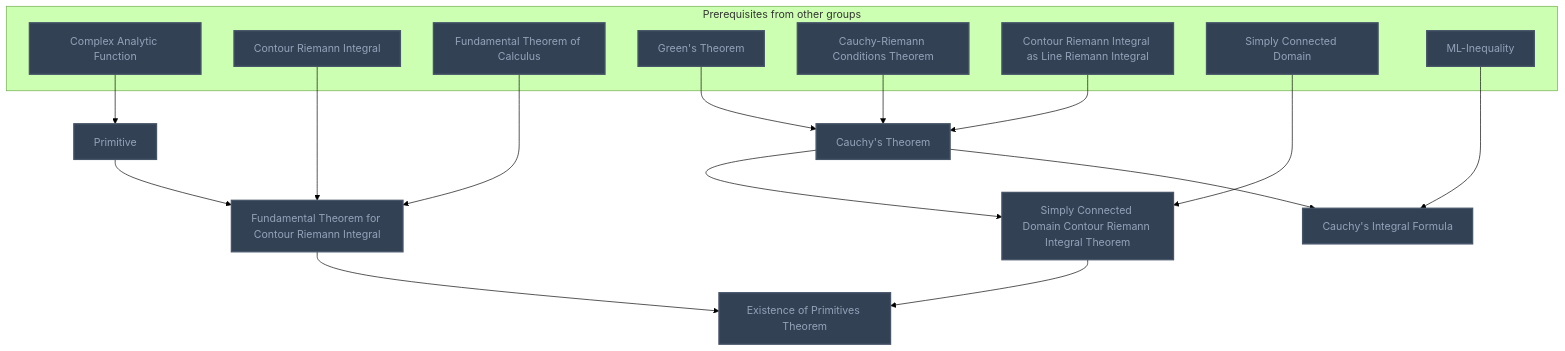
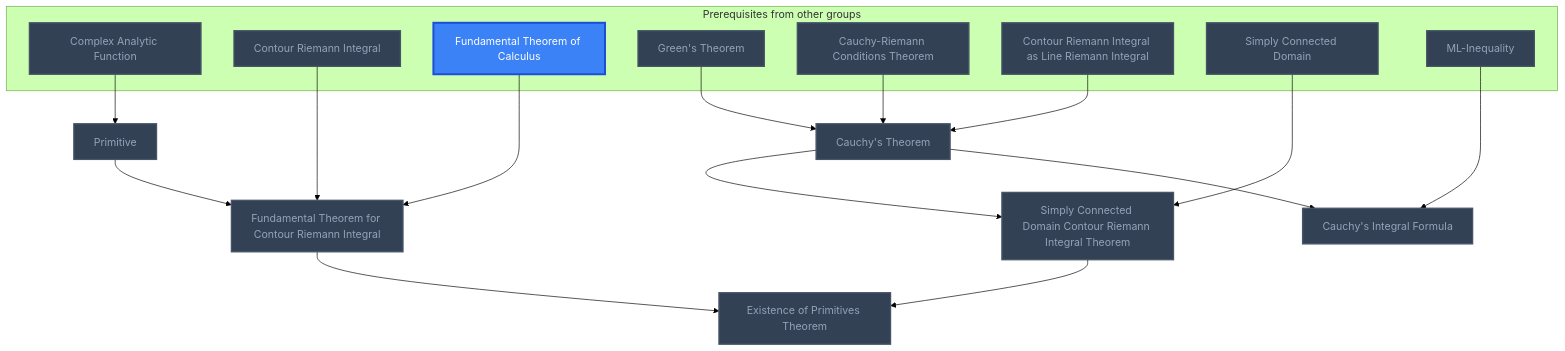
Before and after one commit to MRauf1/My-Notes: the eighth of 19 diagrams in Gamification/Skill Trees/Complex Analysis.md, drawn with Mermaid (forest theme). The commit also changed other lines of this file and 145 other files, not shown here.

````diff
--- a/Gamification/Skill Trees/Complex Analysis.md
+++ b/Gamification/Skill Trees/Complex Analysis.md
@@ -322,43 +332,44 @@
 ```mermaid
 flowchart TD
     classDef planned fill:#1E293B,stroke:#64748B,stroke-width:2px,stroke-dasharray:5 5,color:#94A3B8;
     classDef locked fill:#334155,stroke:#475569,stroke-width:2px,color:#94A3B8;
     classDef L0 fill:#F1F5F9,stroke:#94A3B8,stroke-width:2px,color:#000000;
     classDef L1 fill:#22C55E,stroke:#15803D,stroke-width:2px,color:#000000;
     classDef L2 fill:#3B82F6,stroke:#1D4ED8,stroke-width:3px,color:#FFFFFF;
     classDef L3 fill:#A855F7,stroke:#6B21A8,stroke-width:3px,color:#FFFFFF,font-weight:bold;
     classDef L4 fill:#F97316,stroke:#C2410C,stroke-width:4px,color:#000000,font-weight:bold;
     classDef L5 fill:#FFD700,stroke:#FF8C00,stroke-width:5px,color:#000000,font-weight:bold;
     classDef rusty stroke:#8B4513,stroke-width:4px,stroke-dasharray:3 3;
     subgraph sg_prereqs["Prerequisites from other groups"]
         n_complex_analytic_function["Complex Analytic Function"]
         n_contour_riemann_integral["Contour Riemann Integral"]
         n_fundamental_theorem_of_calculus["Fundamental Theorem of Calculus"]
         n_green_s_theorem["Green's Theorem"]
         n_cauchy_riemann_conditions_theorem["Cauchy-Riemann Conditions Theorem"]
         n_contour_riemann_integral_as_line_riemann_integral["Contour Riemann Integral as Line Riemann Integral"]
         n_simply_connected_domain["Simply Connected Domain"]
         n_ml_inequality["ML-Inequality"]
     end
     n_primitive["Primitive"]
     n_fundamental_theorem_for_contour_riemann_integral["Fundamental Theorem for Contour Riemann Integral"]
     n_cauchy_s_theorem["Cauchy's Theorem"]
     n_simply_connected_domain_contour_riemann_integral_theorem["Simply Connected Domain Contour Riemann Integral Theorem"]
     n_existence_of_primitives_theorem["Existence of Primitives Theorem"]
     n_cauchy_s_integral_formula["Cauchy's Integral Formula"]
     n_complex_analytic_function --> n_primitive
     n_primitive --> n_fundamental_theorem_for_contour_riemann_integral
     n_contour_riemann_integral --> n_fundamental_theorem_for_contour_riemann_integral
     n_fundamental_theorem_of_calculus --> n_fundamental_theorem_for_contour_riemann_integral
     n_green_s_theorem --> n_cauchy_s_theorem
     n_cauchy_riemann_conditions_theorem --> n_cauchy_s_theorem
     n_contour_riemann_integral_as_line_riemann_integral --> n_cauchy_s_theorem
     n_cauchy_s_theorem --> n_simply_connected_domain_contour_riemann_integral_theorem
     n_simply_connected_domain --> n_simply_connected_domain_contour_riemann_integral_theorem
     n_simply_connected_domain_contour_riemann_integral_theorem --> n_existence_of_primitives_theorem
     n_fundamental_theorem_for_contour_riemann_integral --> n_existence_of_primitives_theorem
     n_cauchy_s_theorem --> n_cauchy_s_integral_formula
     n_ml_inequality --> n_cauchy_s_integral_formula
-    class n_complex_analytic_function,n_contour_riemann_integral,n_fundamental_theorem_of_calculus,n_green_s_theorem,n_cauchy_riemann_conditions_theorem,n_contour_riemann_integral_as_line_riemann_integral,n_simply_connected_domain,n_ml_inequality,n_primitive,n_fundamental_theorem_for_contour_riemann_integral,n_cauchy_s_theorem,n_simply_connected_domain_contour_riemann_integral_theorem,n_existence_of_primitives_theorem,n_cauchy_s_integral_formula locked;
+    class n_complex_analytic_function,n_contour_riemann_integral,n_green_s_theorem,n_cauchy_riemann_conditions_theorem,n_contour_riemann_integral_as_line_riemann_integral,n_simply_connected_domain,n_ml_inequality,n_primitive,n_fundamental_theorem_for_contour_riemann_integral,n_cauchy_s_theorem,n_simply_connected_domain_contour_riemann_integral_theorem,n_existence_of_primitives_theorem,n_cauchy_s_integral_formula locked;
+    class n_fundamental_theorem_of_calculus L2;
     class n_complex_analytic_function,n_contour_riemann_integral,n_fundamental_theorem_of_calculus,n_green_s_theorem,n_cauchy_riemann_conditions_theorem,n_contour_riemann_integral_as_line_riemann_integral,n_simply_connected_domain,n_ml_inequality,n_primitive,n_fundamental_theorem_for_contour_riemann_integral,n_cauchy_s_theorem,n_simply_connected_domain_contour_riemann_integral_theorem,n_existence_of_primitives_theorem,n_cauchy_s_integral_formula internal-link;
 ```
````
